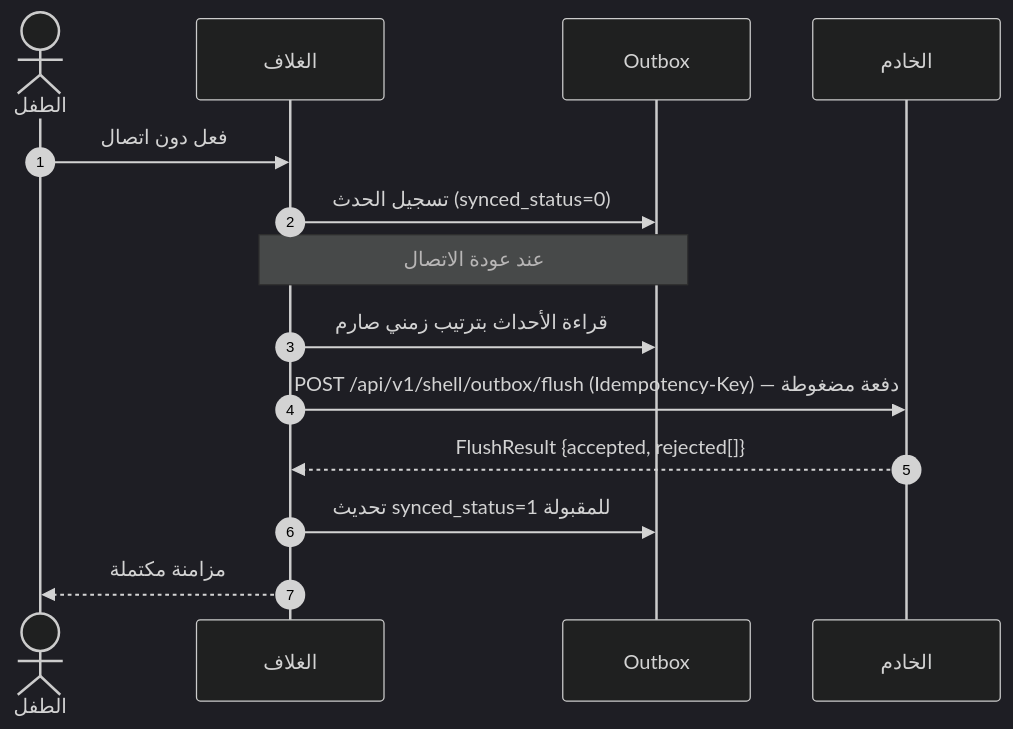
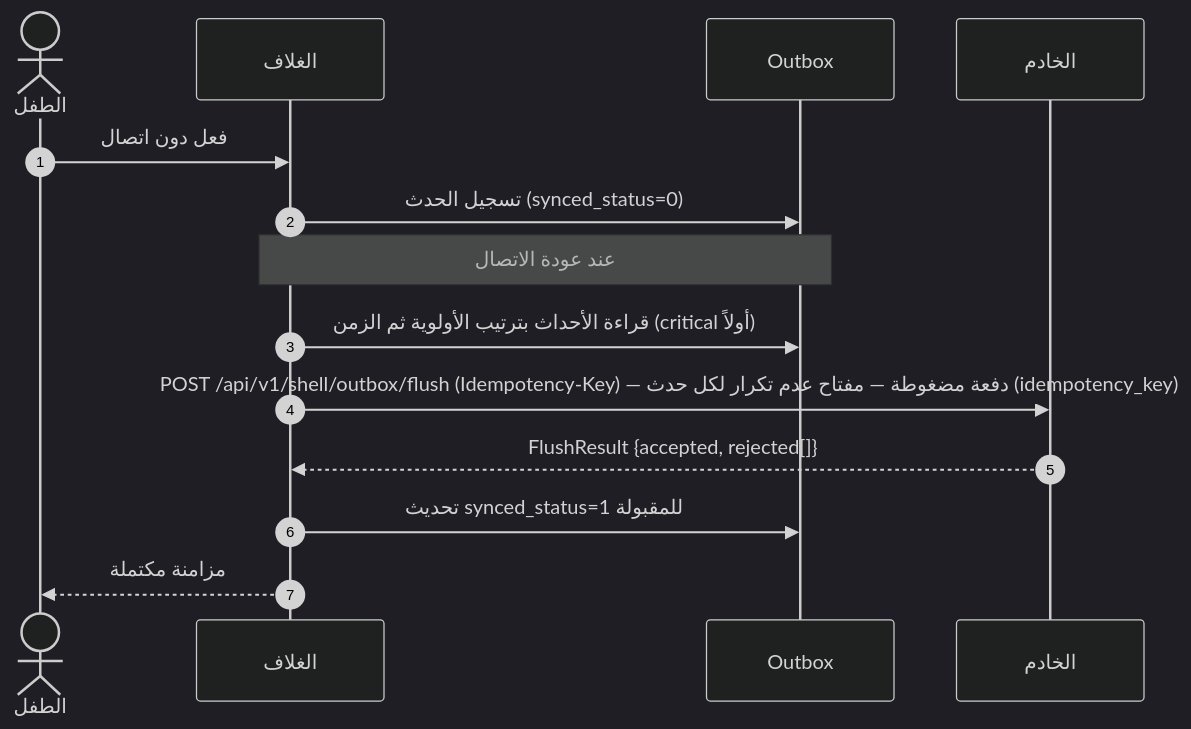
One commit to Bassam-mohammed-alqaeadi/family-os-v2 changed the fifth of 13 diagrams in docs/family-os/governance/phases/phase-1/S1-01-app-shell-and-platform/DIAGRAMS.md. Above: the diagram before and after it, drawn with Mermaid (dark theme). The commit also changed other lines of this file and 3 other files, not shown here.

````diff
--- a/docs/family-os/governance/phases/phase-1/S1-01-app-shell-and-platform/DIAGRAMS.md
+++ b/docs/family-os/governance/phases/phase-1/S1-01-app-shell-and-platform/DIAGRAMS.md
@@ -203,16 +208,16 @@
 ```mermaid
 sequenceDiagram
     autonumber
     actor Child as الطفل
     participant Shell as الغلاف
     participant OB as Outbox
     participant Ktor as الخادم
     Child->>Shell: فعل دون اتصال
     Shell->>OB: تسجيل الحدث (synced_status=0)
     Note over Shell,OB: عند عودة الاتصال
-    Shell->>OB: قراءة الأحداث بترتيب زمني صارم
-    Shell->>Ktor: POST /api/v1/shell/outbox/flush (Idempotency-Key) — دفعة مضغوطة
+    Shell->>OB: قراءة الأحداث بترتيب الأولوية ثم الزمن (critical أولاً)
+    Shell->>Ktor: POST /api/v1/shell/outbox/flush (Idempotency-Key) — دفعة مضغوطة — مفتاح عدم تكرار لكل حدث (idempotency_key)
     Ktor-->>Shell: FlushResult {accepted, rejected[]}
     Shell->>OB: تحديث synced_status=1 للمقبولة
     Shell-->>Child: مزامنة مكتملة
 ```
````
